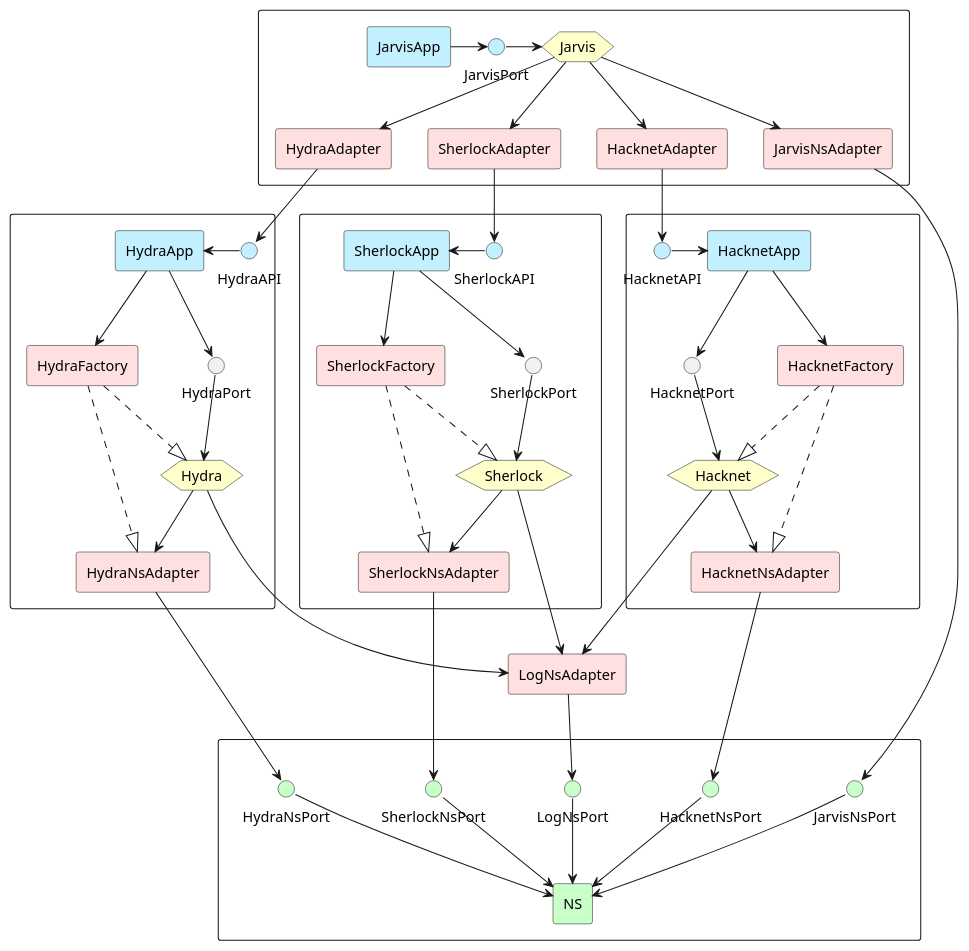
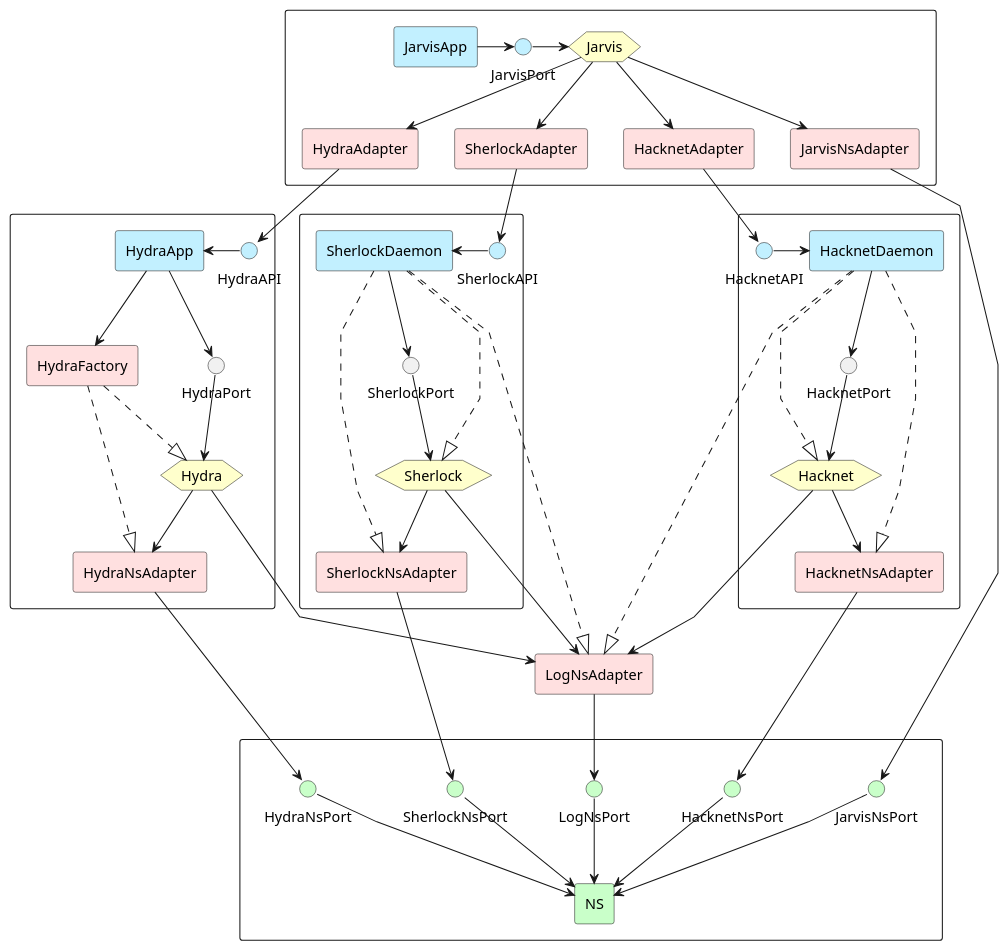
Before and after one commit to Desvart/bitburner: the diagram in doc/architecture.puml, drawn with PlantUML. The commit also changed 21 other files, not shown here.

Commit message:
* continue migration from js to ts of hacknet module. * Update class diagrams documentation accordingly

```diff
--- a/doc/architecture.puml
+++ b/doc/architecture.puml
@@ -1,125 +1,122 @@
 @startuml
 skinparam componentStyle rectangle
+skinparam linetype polyline
 
 rectangle {
     hexagon Jarvis #Business
 
     component JarvisApp #Application
     interface JarvisPort #Application
 
     component HydraAdapter #Implementation
     component SherlockAdapter #Implementation
     component HacknetAdapter #Implementation
     component JarvisNsAdapter #Implementation
 }
 
 rectangle {
     component HydraApp #Application
     interface HydraAPI #Application
 
     hexagon Hydra #Business
     interface HydraPort
 
     component HydraNsAdapter #Implementation
 
     component HydraFactory #Implementation
 }
 
 rectangle {
-    component SherlockApp #Application
+    component SherlockDaemon #Application
     interface SherlockAPI #Application
 
     hexagon Sherlock #Business
     interface SherlockPort
 
     component SherlockNsAdapter #Implementation
-
-    component SherlockFactory #Implementation
 }
 
 rectangle {
-    component HacknetApp #Application
+    component HacknetDaemon #Application
     interface HacknetAPI #Application
 
     hexagon Hacknet #Business
     interface HacknetPort
 
     component HacknetNsAdapter #Implementation
-
-    component HacknetFactory #Implementation
 }
 
 component LogNsAdapter #Implementation
 
 rectangle {
     interface JarvisNsPort #Technology
     interface HacknetNsPort #Technology
     interface SherlockNsPort #Technology
     interface HydraNsPort #Technology
     interface LogNsPort #Technology
 
     component NS #Technology
 }
 
 'Jarvis
     ' Application
     JarvisApp -r-> JarvisPort
 
     'Adapters
     JarvisPort -r-> Jarvis
     Jarvis --> HydraAdapter
     Jarvis --> HacknetAdapter
     Jarvis --> SherlockAdapter
     Jarvis --> JarvisNsAdapter
 
 ' Hydra
     HydraAPI -l-> HydraApp
     HydraApp --> HydraFactory
     HydraApp --> HydraPort
     HydraPort --> Hydra
     Hydra --> HydraNsAdapter
     Hydra ---> LogNsAdapter
     HydraFactory ..|> HydraNsAdapter
     HydraFactory ..|> Hydra
 
 ' Sherlock
-    SherlockAPI -l-> SherlockApp
-    SherlockApp --> SherlockFactory
-    SherlockApp --> SherlockPort
+    SherlockAPI -l-> SherlockDaemon
+    SherlockDaemon --> SherlockPort
     SherlockPort --> Sherlock
     Sherlock --> SherlockNsAdapter
     Sherlock ---> LogNsAdapter
-    SherlockFactory ..|> SherlockNsAdapter
-    SherlockFactory ..|> Sherlock
+    SherlockDaemon ..|> SherlockNsAdapter
+    SherlockDaemon ..|> LogNsAdapter
+    SherlockDaemon ..|> Sherlock
 
 ' Hacknet
-    HacknetAPI -r-> HacknetApp
-    HacknetApp --> HacknetFactory
-    HacknetApp --> HacknetPort
+    HacknetAPI -r-> HacknetDaemon
+    HacknetDaemon --> HacknetPort
     HacknetPort --> Hacknet
     Hacknet --> HacknetNsAdapter
     Hacknet ---> LogNsAdapter
-    HacknetFactory ..|> HacknetNsAdapter
-    HacknetFactory ..|> Hacknet
+    HacknetDaemon ..|> HacknetNsAdapter
+    HacknetDaemon ..|> LogNsAdapter
+    HacknetDaemon ..|> Hacknet
 
 ' NS
     LogNsAdapter --> LogNsPort
     JarvisNsPort --> NS
     SherlockNsPort --> NS
     HacknetNsPort --> NS
     HydraNsPort --> NS
     LogNsPort --> NS
 
 ' Integration
     ' Jarvis to modules
     HacknetAdapter --> HacknetAPI
     SherlockAdapter --> SherlockAPI
     HydraAdapter --> HydraAPI
 
     ' Modules to NS
     SherlockNsAdapter --> SherlockNsPort
     HydraNsAdapter --> HydraNsPort
     HacknetNsAdapter --> HacknetNsPort
     JarvisNsAdapter --> JarvisNsPort
 
 @enduml
```
